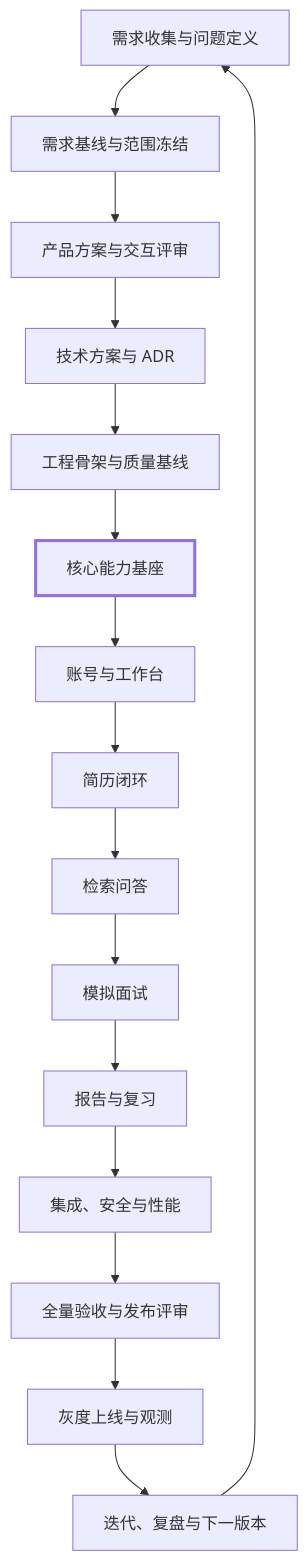
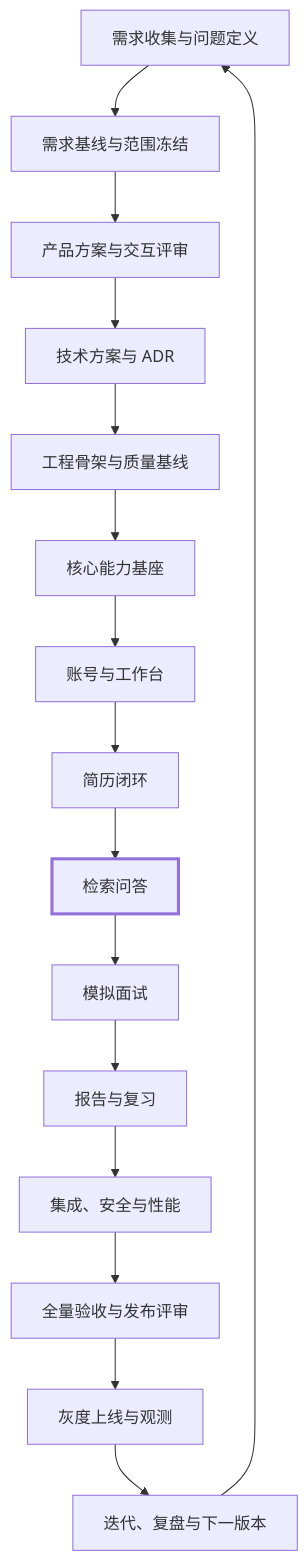
One commit to Rainloury/technical-interview-agent changed the diagram in docs/development-flow.md. Above: the diagram before and after it, drawn with Mermaid. The commit also changed other lines of this file and 134 other files, not shown here.

````diff
--- a/docs/development-flow.md
+++ b/docs/development-flow.md
@@ -43,21 +43,21 @@
 ```mermaid
 flowchart TD
     A["需求收集与问题定义"] --> B["需求基线与范围冻结"]
     B --> C["产品方案与交互评审"]
     C --> D["技术方案与 ADR"]
     D --> E["工程骨架与质量基线"]
     E --> F["核心能力基座"]
     F --> G["账号与工作台"]
     G --> H["简历闭环"]
     H --> I["检索问答"]
     I --> J["模拟面试"]
     J --> K["报告与复习"]
     K --> L["集成、安全与性能"]
     L --> M["全量验收与发布评审"]
     M --> N["灰度上线与观测"]
     N --> O["迭代、复盘与下一版本"]
     O --> A
 
     classDef current stroke-width:3px;
-    class F current;
+    class I current;
 ```
````
